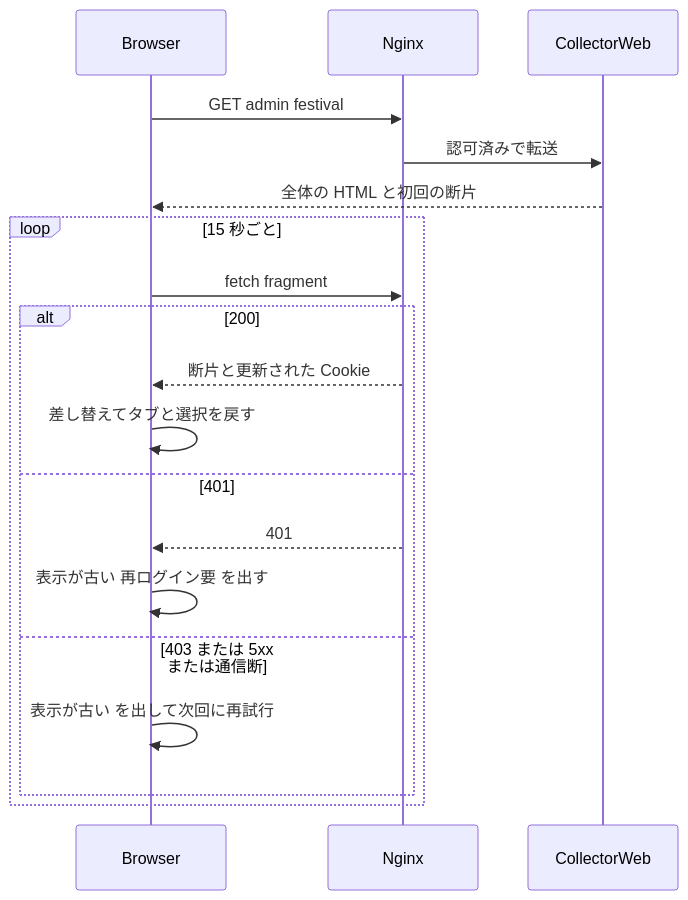
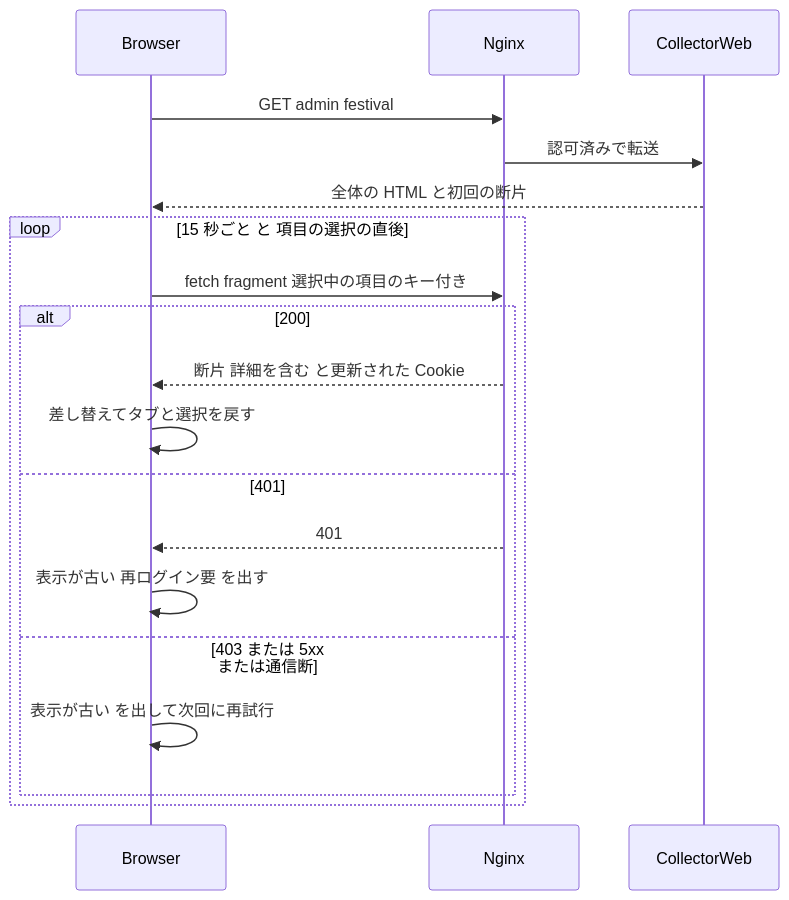
The fourth of 5 diagrams in .kiro/specs/festival-ops-dashboard/design.md (aramakisai/aramakisai-infra), drawn with Mermaid before and after one commit. The commit also changed other lines of this file and 1 other file, not shown here.

````diff
--- a/.kiro/specs/festival-ops-dashboard/design.md
+++ b/.kiro/specs/festival-ops-dashboard/design.md
@@ -288,21 +296,21 @@
 ```mermaid
 sequenceDiagram
     participant Br as Browser
     participant Ng as Nginx
     participant Wb as CollectorWeb
     Br->>Ng: GET admin festival
     Ng->>Wb: 認可済みで転送
     Wb-->>Br: 全体の HTML と初回の断片
-    loop 15 秒ごと
-        Br->>Ng: fetch fragment
+    loop 15 秒ごと と 項目の選択の直後
+        Br->>Ng: fetch fragment 選択中の項目のキー付き
         alt 200
-            Ng-->>Br: 断片と更新された Cookie
+            Ng-->>Br: 断片 詳細を含む と更新された Cookie
             Br->>Br: 差し替えてタブと選択を戻す
         else 401
             Ng-->>Br: 401
             Br->>Br: 表示が古い 再ログイン要 を出す
         else 403 または 5xx または通信断
             Br->>Br: 表示が古い を出して次回に再試行
         end
     end
 ```
````
